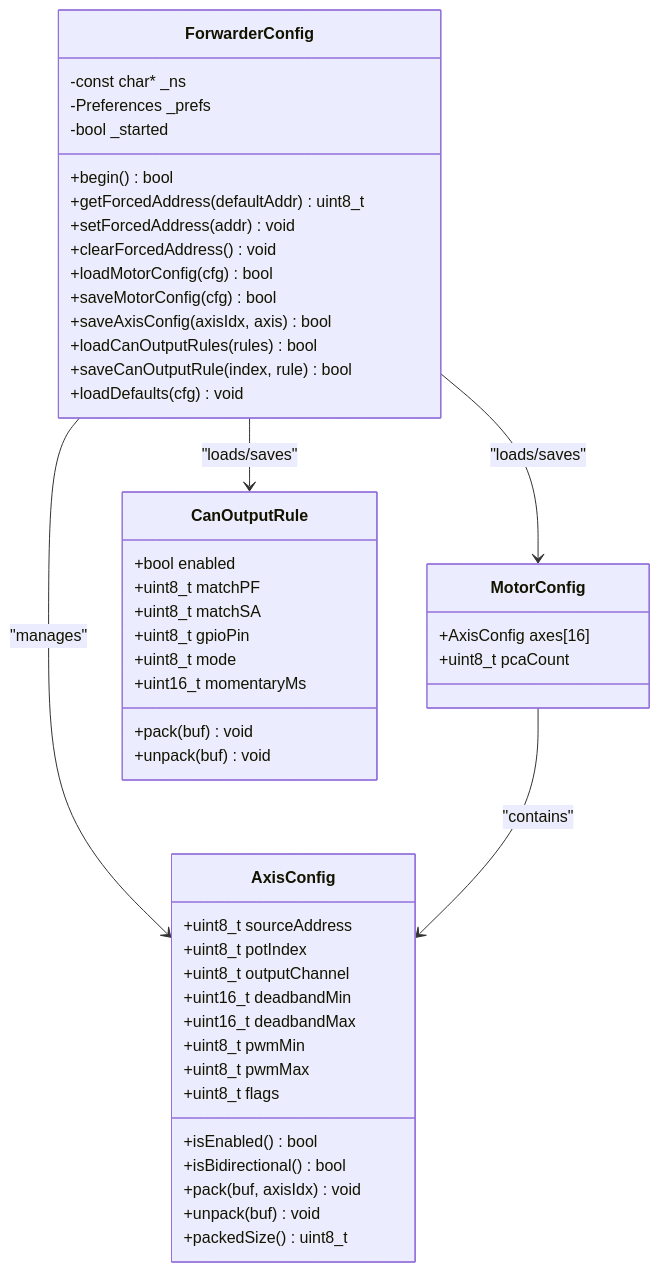
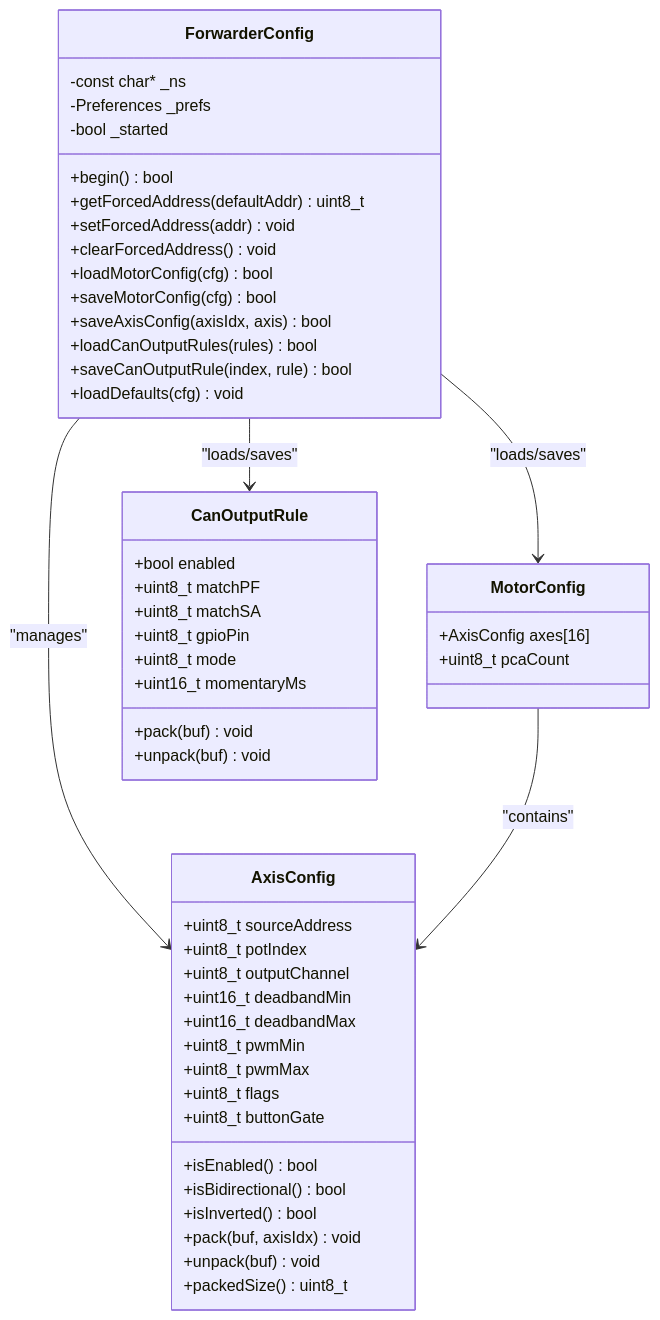
One commit to gunicsba/ESP_CAN_ECU_joystick_collection changed the third of 5 diagrams in .qoder/repowiki/en/content/Configuration Management/Configuration Management.md. Above: the diagram before and after it, drawn with Mermaid. The commit also changed other lines of this file and 13 other files, not shown here.

````diff
--- a/.qoder/repowiki/en/content/Configuration Management/Configuration Management.md
+++ b/.qoder/repowiki/en/content/Configuration Management/Configuration Management.md
@@ -155,51 +167,53 @@
 ```mermaid
 classDiagram
 class ForwarderConfig {
 -const char* _ns
 -Preferences _prefs
 -bool _started
 +begin() bool
 +getForcedAddress(defaultAddr) uint8_t
 +setForcedAddress(addr) void
 +clearForcedAddress() void
 +loadMotorConfig(cfg) bool
 +saveMotorConfig(cfg) bool
 +saveAxisConfig(axisIdx, axis) bool
 +loadCanOutputRules(rules) bool
 +saveCanOutputRule(index, rule) bool
 +loadDefaults(cfg) void
 }
 class AxisConfig {
 +uint8_t sourceAddress
 +uint8_t potIndex
 +uint8_t outputChannel
 +uint16_t deadbandMin
 +uint16_t deadbandMax
 +uint8_t pwmMin
 +uint8_t pwmMax
 +uint8_t flags
++uint8_t buttonGate
 +isEnabled() bool
 +isBidirectional() bool
++isInverted() bool
 +pack(buf, axisIdx) void
 +unpack(buf) void
 +packedSize() uint8_t
 }
 class MotorConfig {
 +AxisConfig axes[16]
 +uint8_t pcaCount
 }
 class CanOutputRule {
 +bool enabled
 +uint8_t matchPF
 +uint8_t matchSA
 +uint8_t gpioPin
 +uint8_t mode
 +uint16_t momentaryMs
 +pack(buf) void
 +unpack(buf) void
 }
 ForwarderConfig --> MotorConfig : "loads/saves"
 ForwarderConfig --> AxisConfig : "manages"
 ForwarderConfig --> CanOutputRule : "loads/saves"
 MotorConfig --> AxisConfig : "contains"
 ```
````
